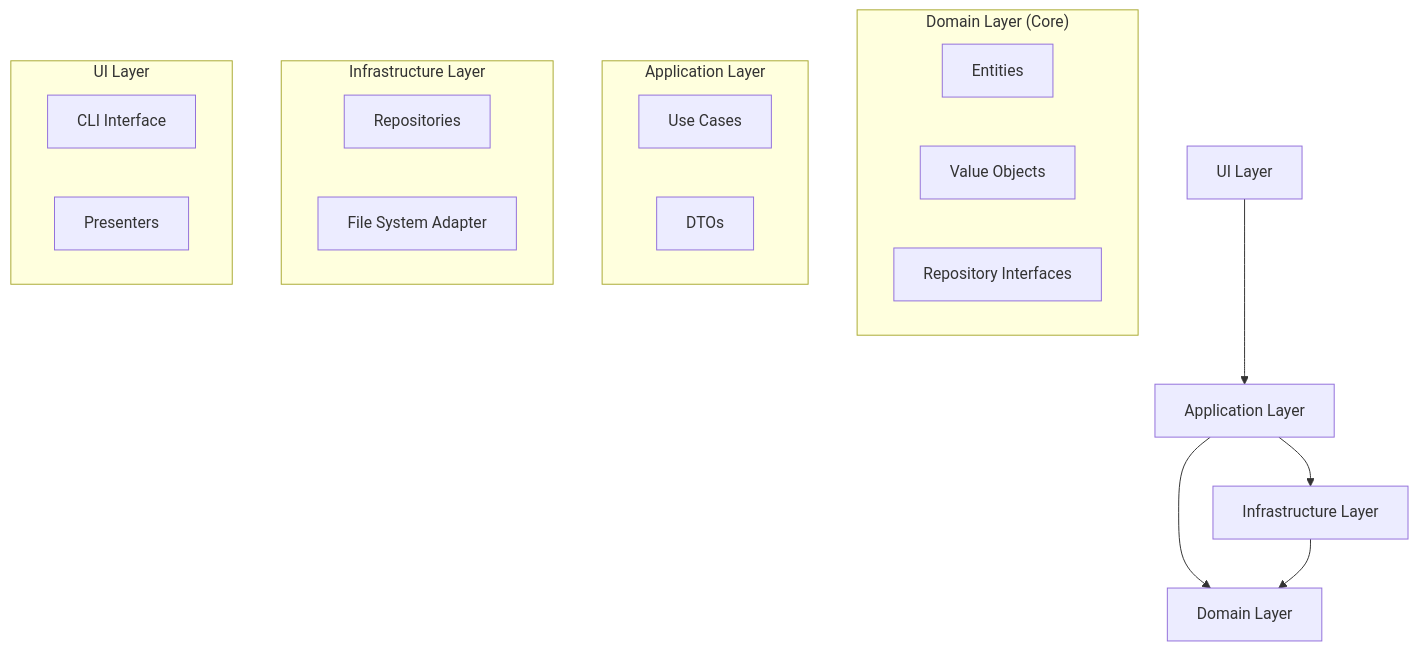
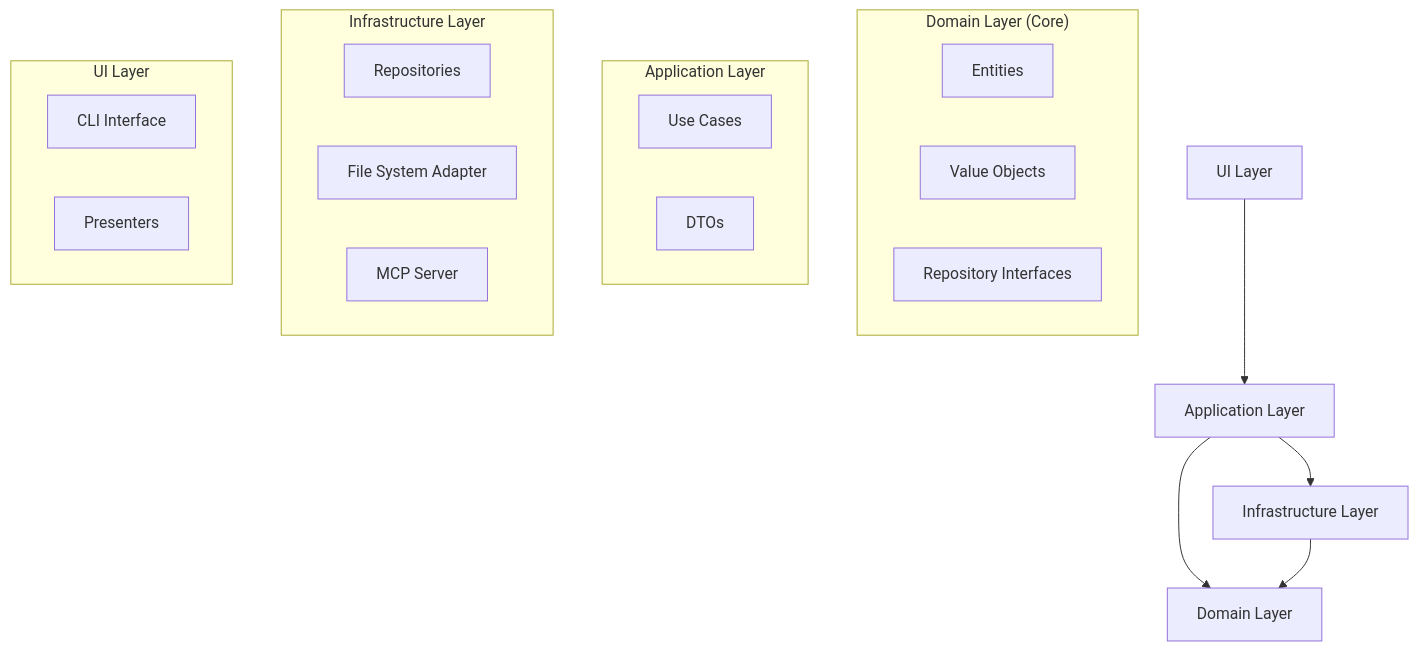
One commit to OnlyThePixel/marktaskdown changed the first of 5 diagrams in docs/DEVELOPER.md. Above: the diagram before and after it, drawn with Mermaid. The commit also changed other lines of this file and 3 other files, not shown here.

Commit message:
📝 Update documentation with MCP server information

````diff
--- a/docs/DEVELOPER.md
+++ b/docs/DEVELOPER.md
@@ -24,28 +25,29 @@
 ```mermaid
 graph TD
     A[UI Layer] --> B[Application Layer]
     B --> C[Domain Layer]
     B --> D[Infrastructure Layer]
     D --> C
 
     subgraph "Domain Layer (Core)"
         C1[Entities]
         C2[Value Objects]
         C3[Repository Interfaces]
     end
 
     subgraph "Application Layer"
         B1[Use Cases]
         B2[DTOs]
     end
 
     subgraph "Infrastructure Layer"
         D1[Repositories]
         D2[File System Adapter]
+        D3[MCP Server]
     end
 
     subgraph "UI Layer"
         A1[CLI Interface]
         A2[Presenters]
     end
 ```
````
